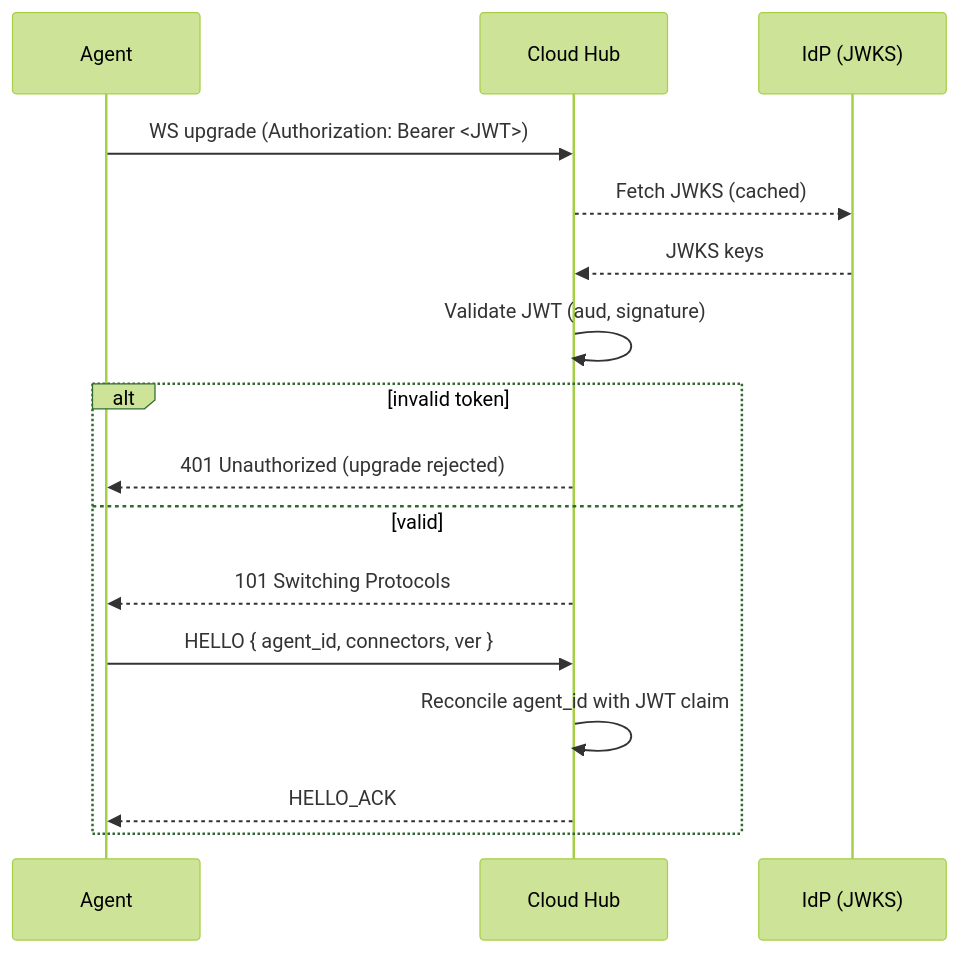
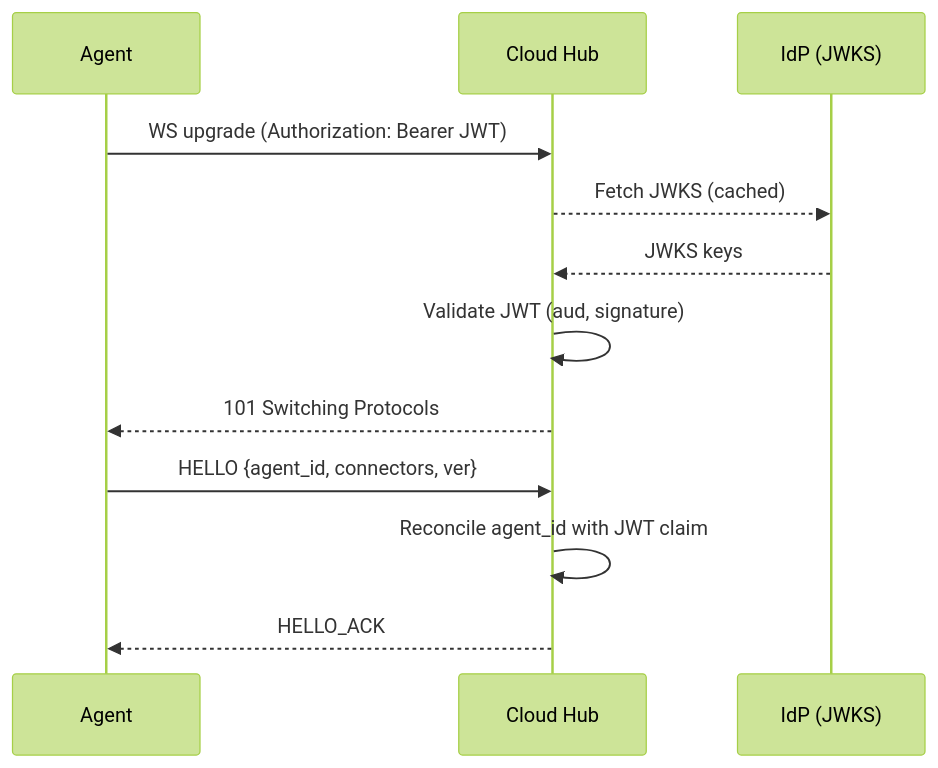
Before and after one commit to empowerID/empowernow_docs: the second of 6 diagrams in docs/services/nowconnect/explanation/visual-guide.md, drawn with Mermaid (forest theme). The commit also changed other lines of this file and 2 other files, not shown here.

````diff
--- a/docs/services/nowconnect/explanation/visual-guide.md
+++ b/docs/services/nowconnect/explanation/visual-guide.md
@@ -34,19 +33,15 @@
 ```mermaid
 sequenceDiagram
   participant AG as Agent
   participant CH as Cloud Hub
   participant IDP as IdP (JWKS)
 
-  AG->>CH: WS upgrade (Authorization: Bearer <JWT>)
+  AG->>CH: WS upgrade (Authorization: Bearer JWT)
   CH-->>IDP: Fetch JWKS (cached)
   IDP-->>CH: JWKS keys
   CH->>CH: Validate JWT (aud, signature)
-  alt invalid token
-    CH-->>AG: 401 Unauthorized (upgrade rejected)
-  else valid
-    CH-->>AG: 101 Switching Protocols
-    AG->>CH: HELLO { agent_id, connectors, ver }
-    CH->>CH: Reconcile agent_id with JWT claim
-    CH-->>AG: HELLO_ACK
-  end
+  CH-->>AG: 101 Switching Protocols
+  AG->>CH: HELLO {agent_id, connectors, ver}
+  CH->>CH: Reconcile agent_id with JWT claim
+  CH-->>AG: HELLO_ACK
 ```
````
